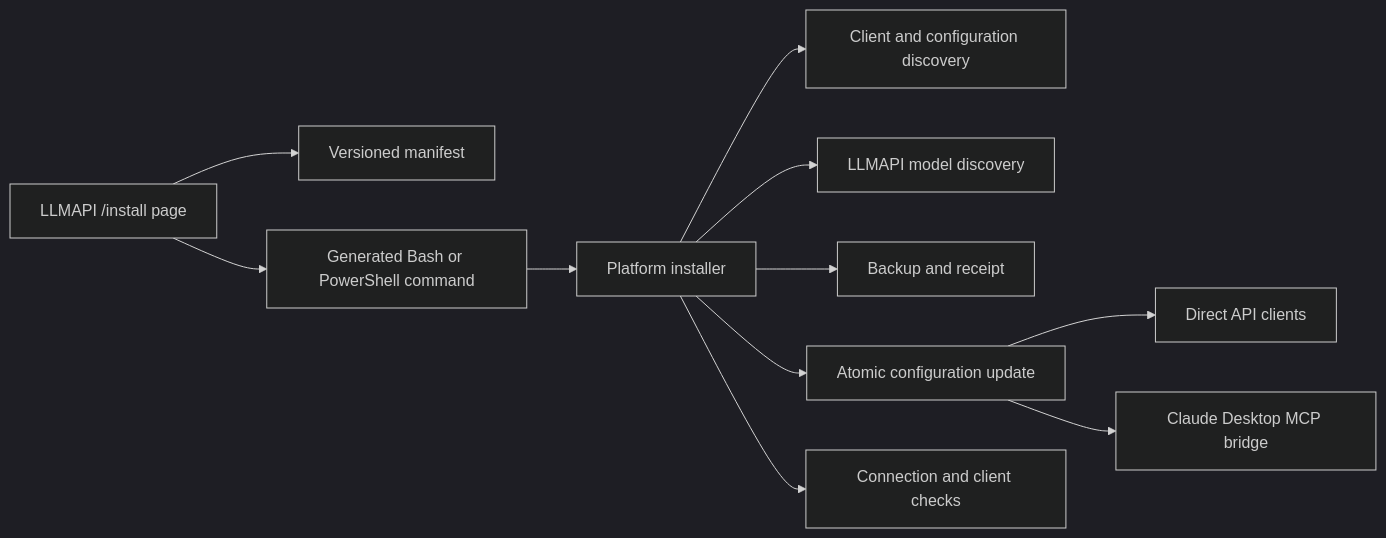
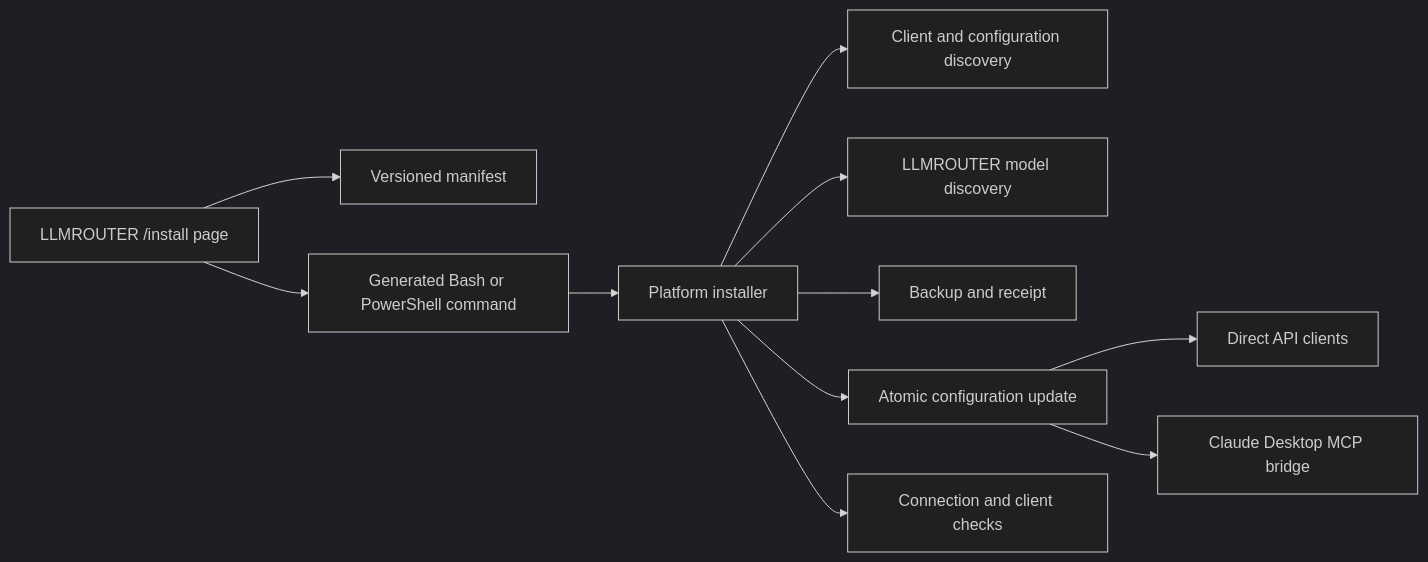
One commit to NeoMei/llmrouter changed the diagram in docs/superpowers/specs/2026-08-11-llmapi-client-onboarding-design.md. Above: the diagram before and after it, drawn with Mermaid (dark theme). The commit also changed other lines of this file and 57 other files, not shown here.

````diff
--- a/docs/superpowers/specs/2026-08-11-llmapi-client-onboarding-design.md
+++ b/docs/superpowers/specs/2026-08-11-llmapi-client-onboarding-design.md
@@ -68,13 +68,13 @@
 ```mermaid
 flowchart LR
-    Page["LLMAPI /install page"] --> Manifest["Versioned manifest"]
+    Page["LLMROUTER /install page"] --> Manifest["Versioned manifest"]
     Page --> Command["Generated Bash or PowerShell command"]
     Command --> Installer["Platform installer"]
     Installer --> Discovery["Client and configuration discovery"]
-    Installer --> Models["LLMAPI model discovery"]
+    Installer --> Models["LLMROUTER model discovery"]
     Installer --> Backup["Backup and receipt"]
     Installer --> Config["Atomic configuration update"]
     Installer --> Doctor["Connection and client checks"]
     Config --> Direct["Direct API clients"]
     Config --> Bridge["Claude Desktop MCP bridge"]
 ```
````
